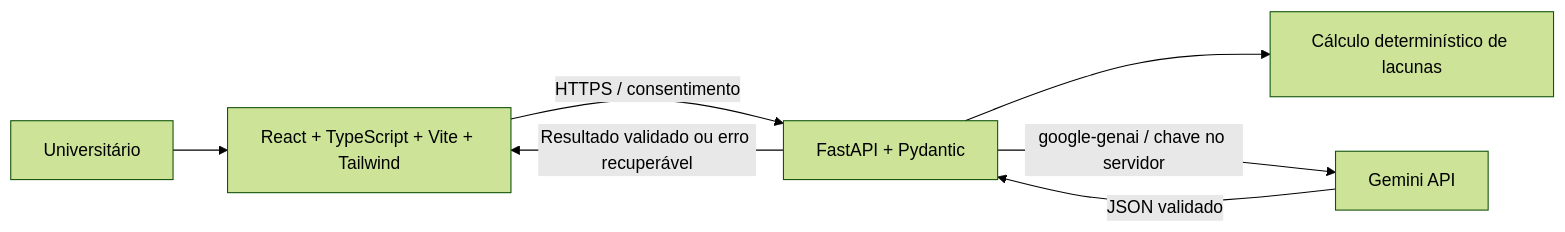
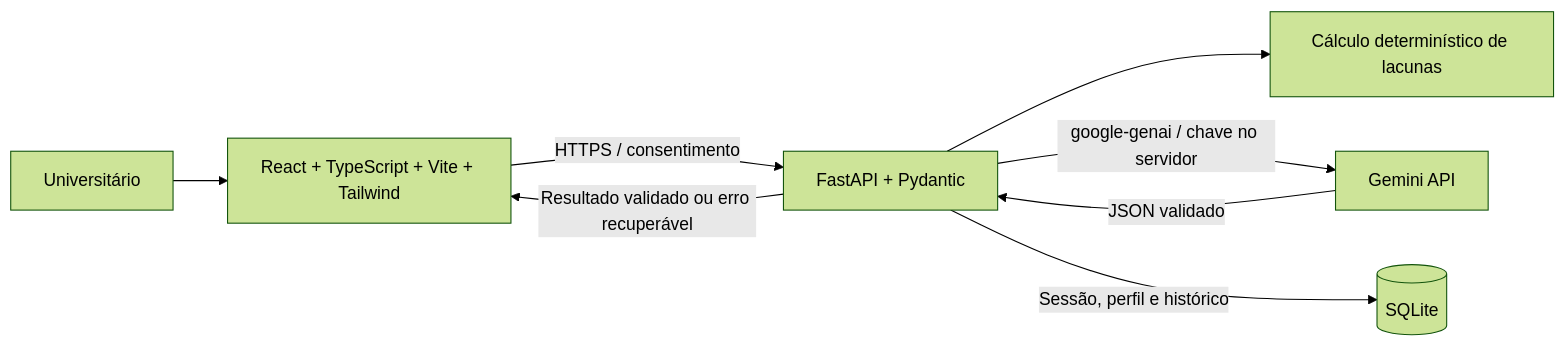
The diagram in README.md (PedroGiffoni/skillbridge), drawn with Mermaid (forest theme) before and after one commit. The commit also changed other lines of this file and 29 other files, not shown here.

Commit message:
feat: adiciona login, perfil e histórico ao SkillBridge

````diff
--- a/README.md
+++ b/README.md
@@ -42,9 +48,10 @@
 ```mermaid
 flowchart LR
     U[Universitário] --> F[React + TypeScript + Vite + Tailwind]
     F -->|HTTPS / consentimento| B[FastAPI + Pydantic]
     B --> D[Cálculo determinístico de lacunas]
     B -->|google-genai / chave no servidor| G[Gemini API]
     G -->|JSON validado| B
+    B -->|Sessão, perfil e histórico| S[(SQLite)]
     B -->|Resultado validado ou erro recuperável| F
 ```
````
